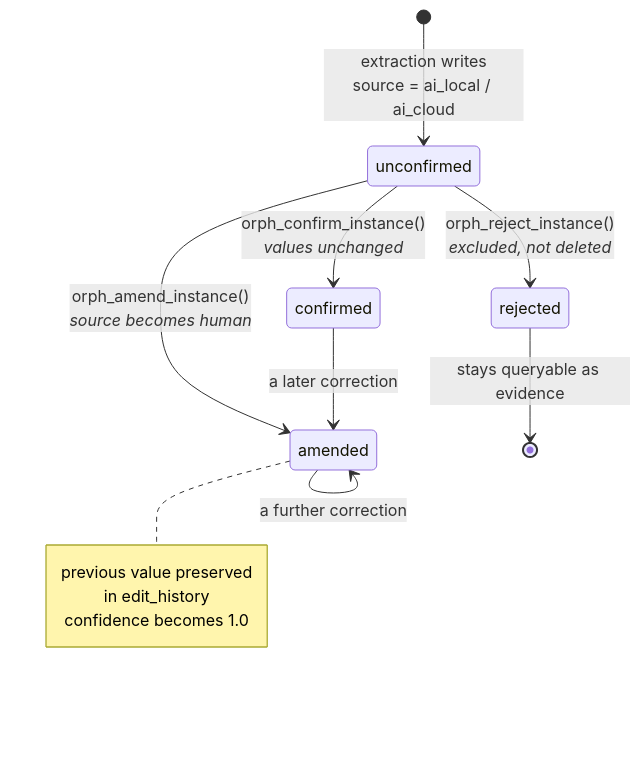
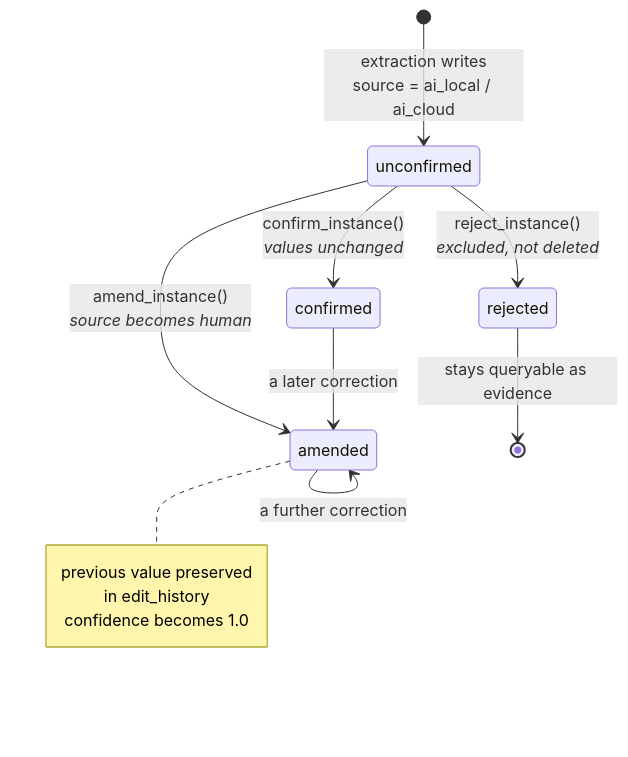
One commit to CathalByrneGit/Orpheus changed the first of 2 diagrams in docs/provenance-and-amendment.md. Above: the diagram before and after it, drawn with Mermaid. The commit also changed other lines of this file and 18 other files, not shown here.

````diff
--- a/docs/provenance-and-amendment.md
+++ b/docs/provenance-and-amendment.md
@@ -32,16 +32,16 @@
 ```mermaid
 stateDiagram-v2
   [*] --> unconfirmed: extraction writes<br/>source = ai_local / ai_cloud
-  unconfirmed --> confirmed: orph_confirm_instance()<br/><i>values unchanged</i>
-  unconfirmed --> amended: orph_amend_instance()<br/><i>source becomes human</i>
-  unconfirmed --> rejected: orph_reject_instance()<br/><i>excluded, not deleted</i>
+  unconfirmed --> confirmed: confirm_instance()<br/><i>values unchanged</i>
+  unconfirmed --> amended: amend_instance()<br/><i>source becomes human</i>
+  unconfirmed --> rejected: reject_instance()<br/><i>excluded, not deleted</i>
   confirmed --> amended: a later correction
   amended --> amended: a further correction
   rejected --> [*]: stays queryable as evidence
 
   note right of amended
     previous value preserved
     in edit_history
     confidence becomes 1.0
   end note
 ```
````
